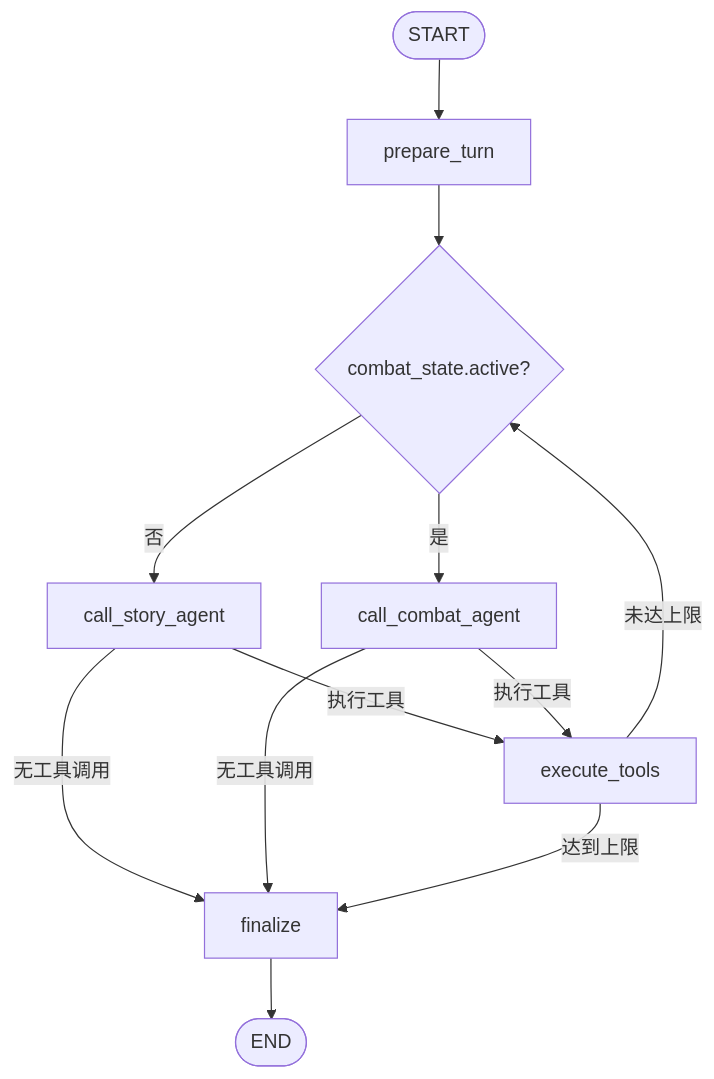
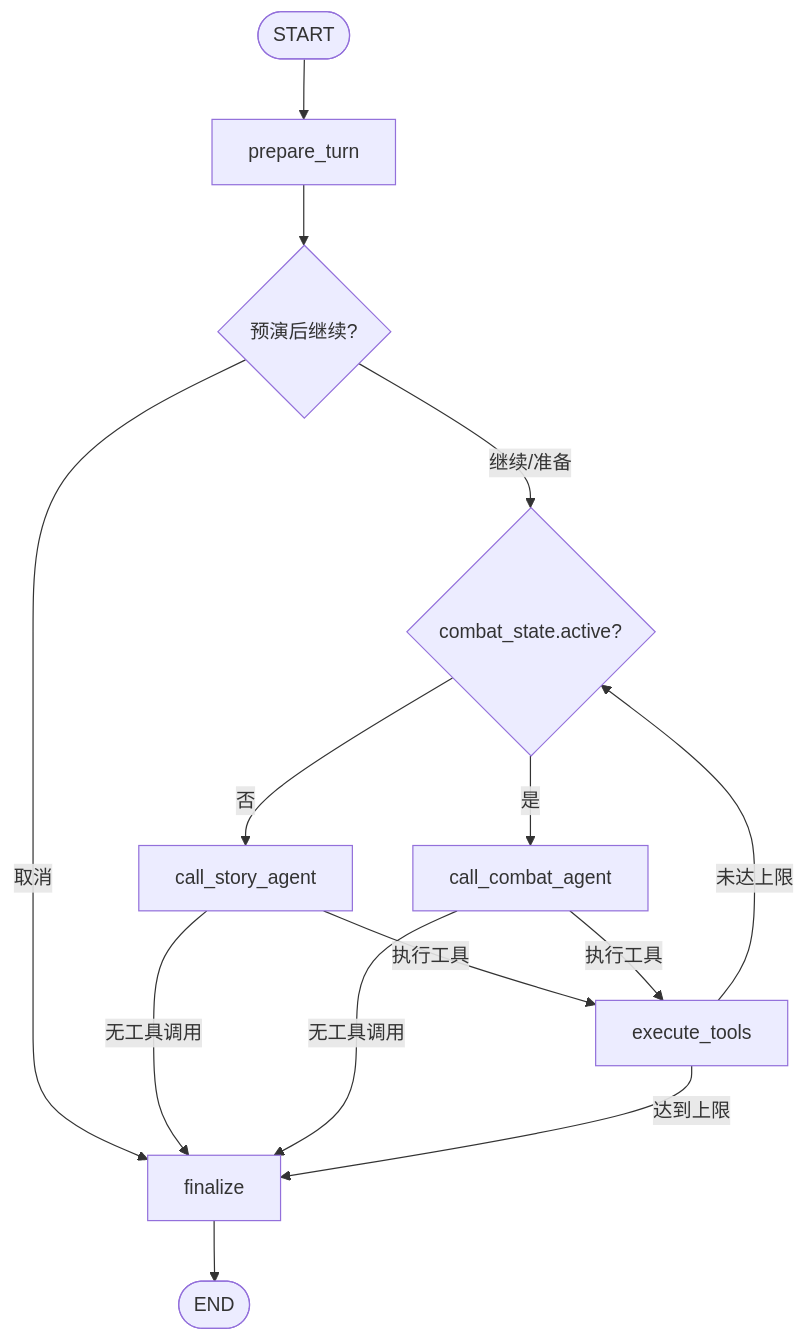
One commit to Inaglyite/TRPG-Master changed the third of 4 diagrams in docs/ARCHITECTURE.md. Above: the diagram before and after it, drawn with Mermaid. The commit also changed other lines of this file and 137 other files, not shown here.

````diff
--- a/docs/ARCHITECTURE.md
+++ b/docs/ARCHITECTURE.md
@@ -214,14 +226,16 @@
 ```mermaid
 flowchart TD
     Start([START]) --> Prepare[prepare_turn]
-    Prepare --> Route{combat_state.active?}
+    Prepare --> Preview{预演后继续?}
+    Preview -->|取消| Finalize
+    Preview -->|继续/准备| Route{combat_state.active?}
     Route -->|否| Story[call_story_agent]
     Route -->|是| Combat[call_combat_agent]
     Story -->|无工具调用| Finalize[finalize]
     Combat -->|无工具调用| Finalize
     Story -->|执行工具| Tools[execute_tools]
     Combat -->|执行工具| Tools
     Tools -->|未达上限| Route
     Tools -->|达到上限| Finalize
     Finalize --> End([END])
 ```
````
